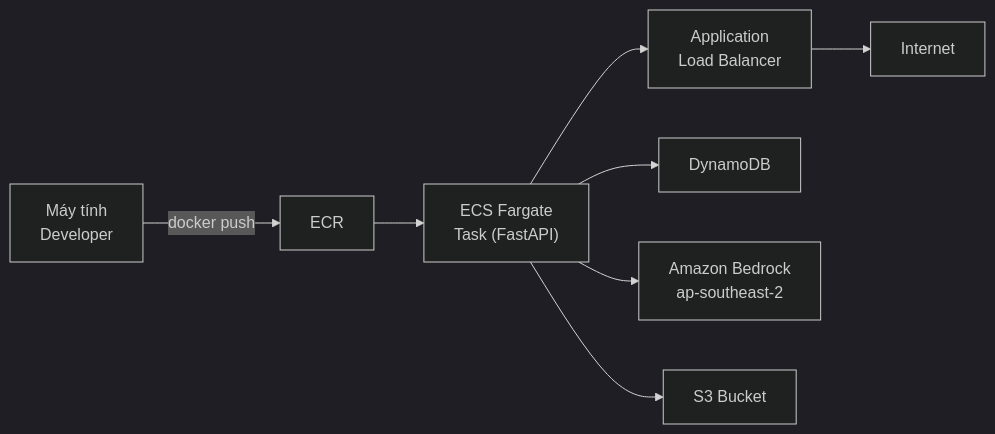
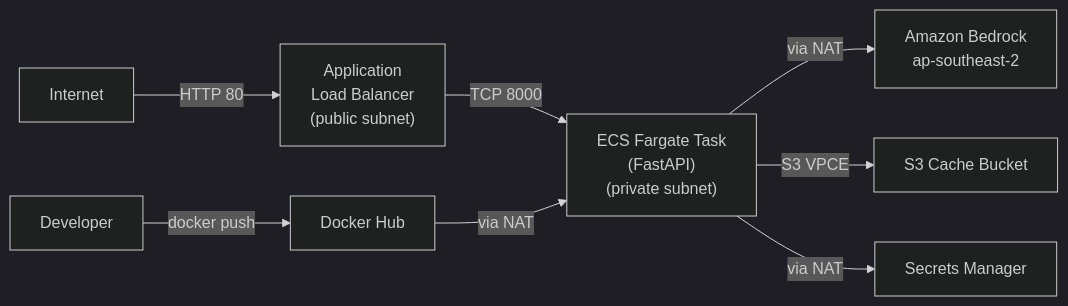
Before and after one commit to KhaiND1221/FCAJ-intership-report: the diagram in content/workshop/4.8-Verify-Setup/index.vi.md, drawn with Mermaid (dark theme). The commit also changed other lines of this file and 57 other files, not shown here.

````diff
--- a/content/workshop/4.8-Verify-Setup/index.vi.md
+++ b/content/workshop/4.8-Verify-Setup/index.vi.md
@@ -7,10 +7,10 @@
 ```mermaid
 graph LR
-  Dev["Máy tính<br/>Developer"] -->|docker push| ECR
-  ECR --> Task["ECS Fargate<br/>Task (FastAPI)"]
-  Task --> ALB["Application<br/>Load Balancer"]
-  ALB --> Internet
-  Task --> DDB["DynamoDB"]
-  Task --> Bedrock["Amazon Bedrock<br/>ap-southeast-2"]
-  Task --> S3["S3 Bucket"]
+  Internet -->|HTTP 80| ALB["Application\nLoad Balancer\n(public subnet)"]
+  ALB -->|TCP 8000| Task["ECS Fargate Task\n(FastAPI)\n(private subnet)"]
+  Task -->|via NAT| Bedrock["Amazon Bedrock\nap-southeast-2"]
+  Task -->|S3 VPCE| S3["S3 Cache Bucket"]
+  Task -->|via NAT| SecretsManager["Secrets Manager"]
+  Dev["Developer"] -->|docker push| DockerHub["Docker Hub"]
+  DockerHub -->|via NAT| Task
 ```
````
